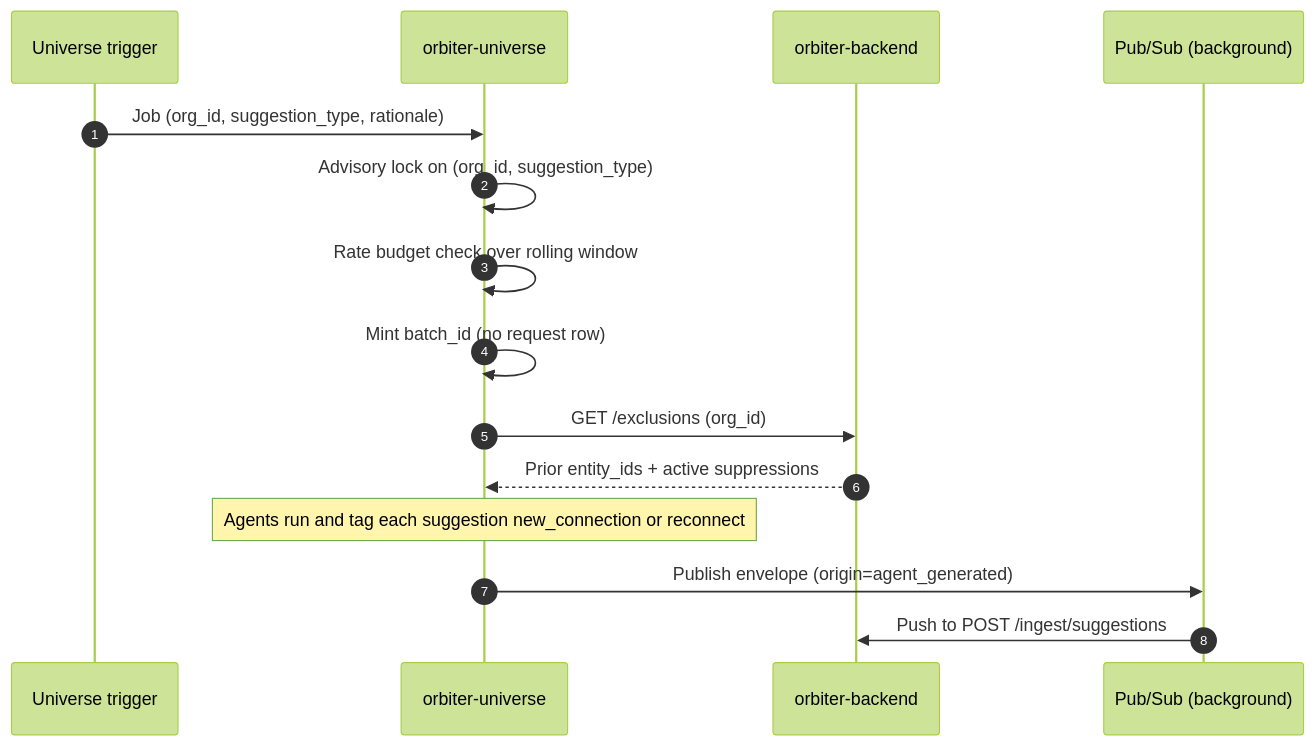
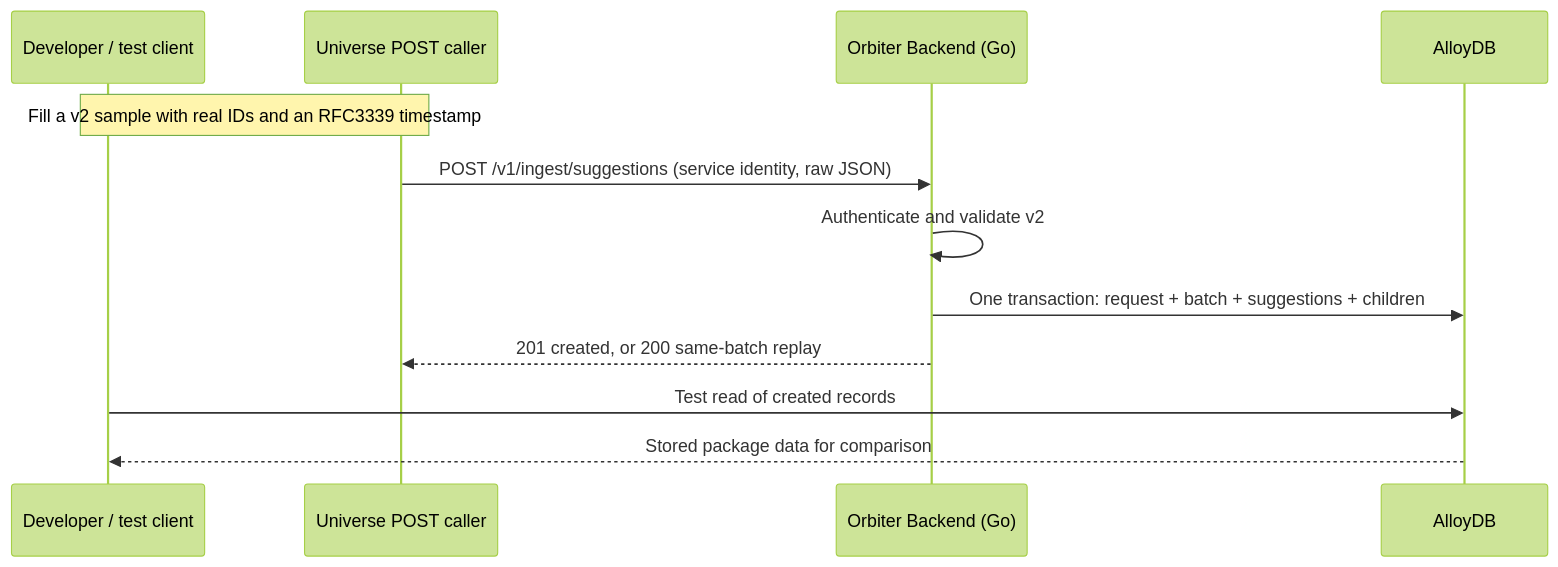
The diagram in guides/open-work/suggestion-delivery-and-tables.mdx (Orbiterio/docs), drawn with Mermaid (forest theme) before and after one commit. The commit also changed other lines of this file and 1 other file, not shown here.

Commit message:
docs: specify full-package suggestion POST and v2 tables

````diff
--- a/guides/open-work/suggestion-delivery-and-tables.mdx
+++ b/guides/open-work/suggestion-delivery-and-tables.mdx
@@ -198,17 +48,14 @@
 ```mermaid
 sequenceDiagram
-    autonumber
-    participant T as Universe trigger
-    participant U as orbiter-universe
-    participant BE as orbiter-backend
-    participant PS as Pub/Sub (background)
-    T->>U: Job (org_id, suggestion_type, rationale)
-    U->>U: Advisory lock on (org_id, suggestion_type)
-    U->>U: Rate budget check over rolling window
-    U->>U: Mint batch_id (no request row)
-    U->>BE: GET /exclusions (org_id)
-    BE-->>U: Prior entity_ids + active suppressions
-    Note over U: Agents run and tag each suggestion new_connection or reconnect
-    U->>PS: Publish envelope (origin=agent_generated)
-    PS->>BE: Push to POST /ingest/suggestions
+    participant D as Developer / test client
+    participant U as Universe POST caller
+    participant B as Orbiter Backend (Go)
+    participant DB as AlloyDB
+    Note over D,U: Fill a v2 sample with real IDs and an RFC3339 timestamp
+    U->>B: POST /v1/ingest/suggestions (service identity, raw JSON)
+    B->>B: Authenticate and validate v2
+    B->>DB: One transaction: request + batch + suggestions + children
+    B-->>U: 201 created, or 200 same-batch replay
+    D->>DB: Test read of created records
+    DB-->>D: Stored package data for comparison
 ```
````
